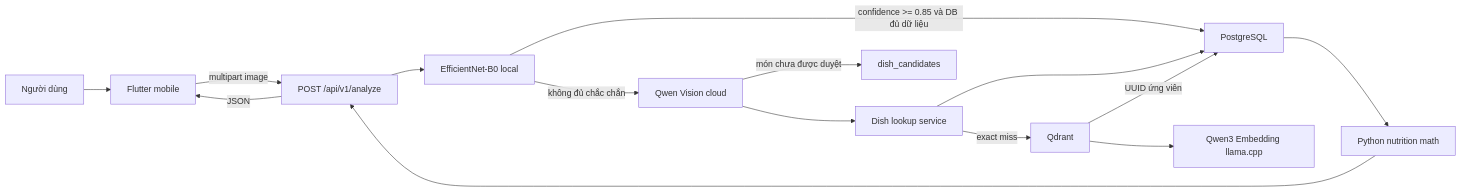
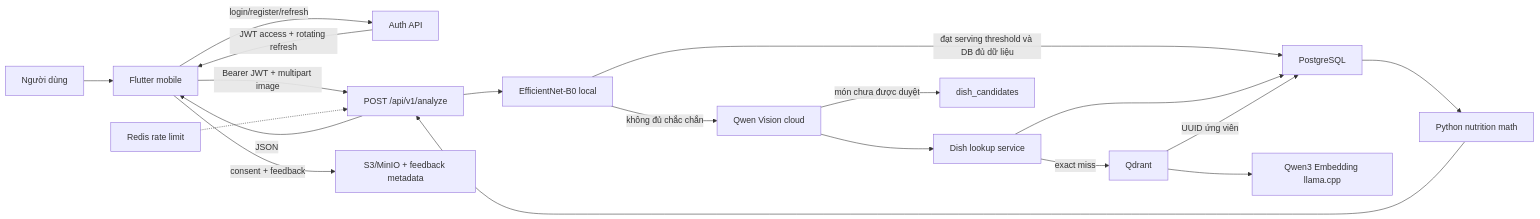
One commit to LongFixBug/Dish-AI changed the first of 6 diagrams in docs/FOODAI_CODE_WALKTHROUGH_VI.md. Above: the diagram before and after it, drawn with Mermaid. The commit also changed other lines of this file and 103 other files, not shown here.

````diff
--- a/docs/FOODAI_CODE_WALKTHROUGH_VI.md
+++ b/docs/FOODAI_CODE_WALKTHROUGH_VI.md
@@ -39,17 +43,21 @@
 ```mermaid
 flowchart LR
     U["Người dùng"] --> M["Flutter mobile"]
-    M -->|"multipart image"| A["POST /api/v1/analyze"]
+    M -->|"login/register/refresh"| H["Auth API"]
+    H -->|"JWT access + rotating refresh"| M
+    M -->|"Bearer JWT + multipart image"| A["POST /api/v1/analyze"]
     A --> C["EfficientNet-B0 local"]
-    C -->|"confidence >= 0.85 và DB đủ dữ liệu"| P["PostgreSQL"]
+    C -->|"đạt serving threshold và DB đủ dữ liệu"| P["PostgreSQL"]
     C -->|"không đủ chắc chắn"| V["Qwen Vision cloud"]
     V --> L["Dish lookup service"]
     L --> P
     L -->|"exact miss"| Q["Qdrant"]
     Q --> E["Qwen3 Embedding llama.cpp"]
     Q -->|"UUID ứng viên"| P
     P --> N["Python nutrition math"]
     V -->|"món chưa được duyệt"| D["dish_candidates"]
+    M -->|"consent + feedback"| O["S3/MinIO + feedback metadata"]
+    R["Redis rate limit"] -.-> A
     N --> A
     A -->|"JSON"| M
 ```
````
